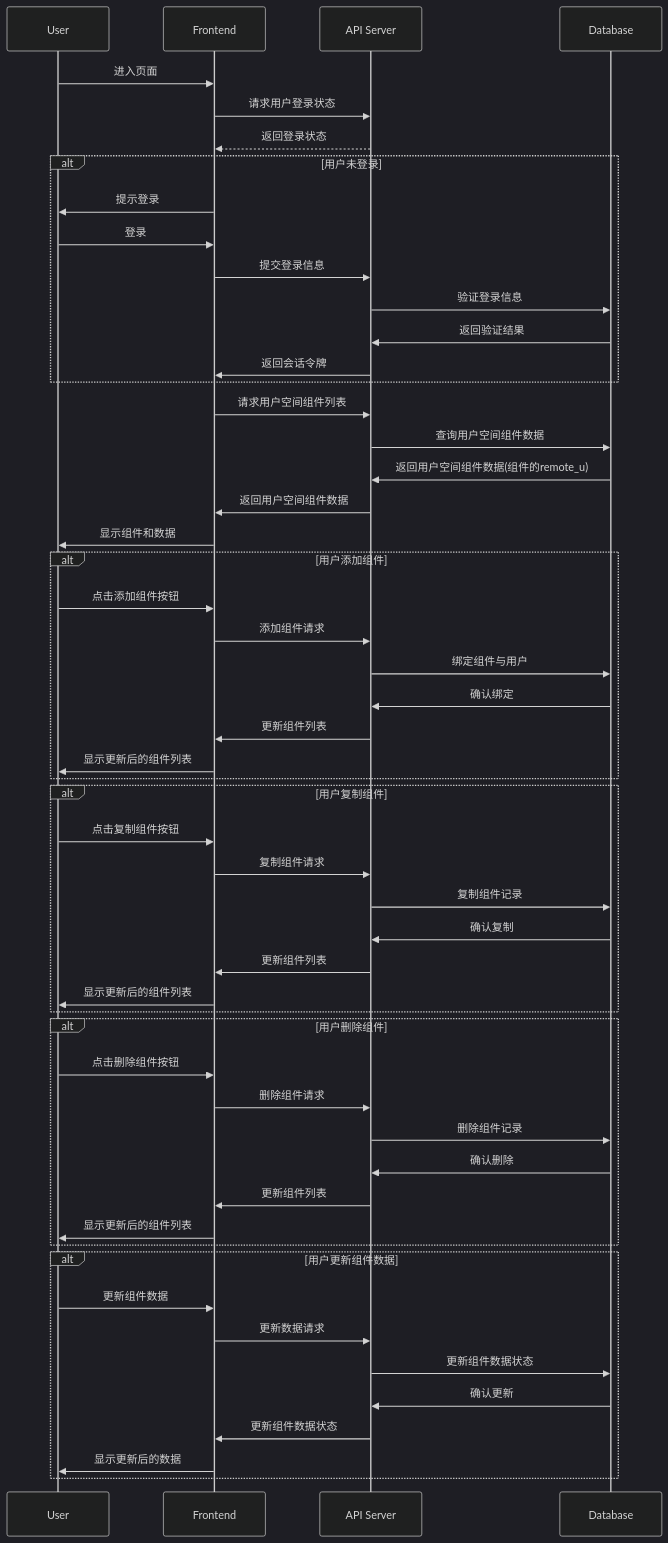
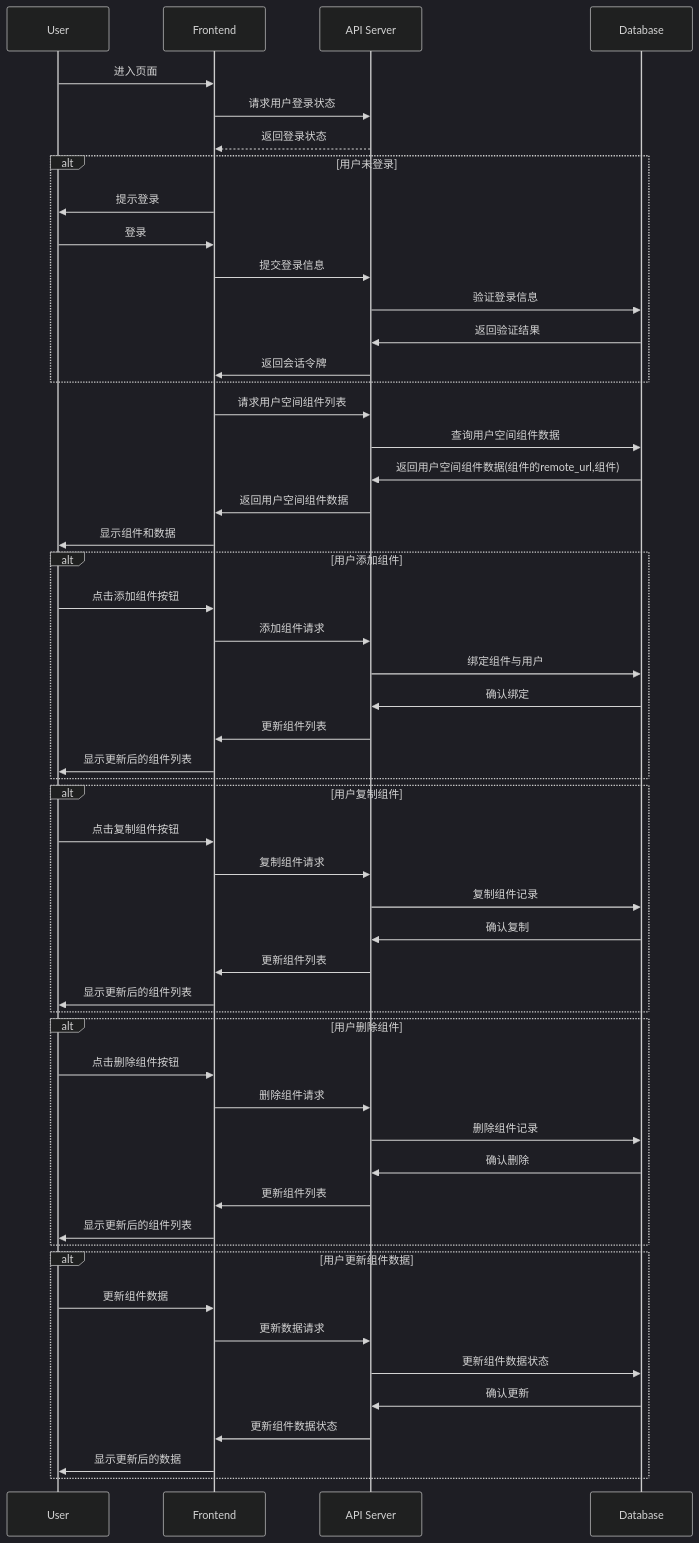
Before and after one commit to yingjianzh/iodraw-files: the diagram in all/未命名-7.md, drawn with Mermaid (dark theme).

Commit message:
2024-10-09 10:21:02 update

````diff
--- a/all/未命名-7.md
+++ b/all/未命名-7.md
@@ -1,62 +1,62 @@
 ```mermaid
 sequenceDiagram
     participant User
     participant Frontend
     participant API Server
     participant Database
 
     User->>Frontend: 进入页面
     Frontend->>API Server: 请求用户登录状态
     API Server-->>Frontend: 返回登录状态
     alt 用户未登录
         Frontend->>User: 提示登录
         User->>Frontend: 登录
         Frontend->>API Server: 提交登录信息
         API Server->>Database: 验证登录信息
         Database->>API Server: 返回验证结果
         API Server->>Frontend: 返回会话令牌
     end
 
     Frontend->>API Server: 请求用户空间组件列表
     API Server->>Database: 查询用户空间组件数据
-    Database->>API Server: 返回用户空间组件数据(组件的remote_u)
+    Database->>API Server: 返回用户空间组件数据(组件的remote_url,组件)
     API Server->>Frontend: 返回用户空间组件数据
     Frontend->>User: 显示组件和数据
 
     alt 用户添加组件
         User->>Frontend: 点击添加组件按钮
         Frontend->>API Server: 添加组件请求
         API Server->>Database: 绑定组件与用户
         Database->>API Server: 确认绑定
         API Server->>Frontend: 更新组件列表
         Frontend->>User: 显示更新后的组件列表
     end
 
     alt 用户复制组件
         User->>Frontend: 点击复制组件按钮
         Frontend->>API Server: 复制组件请求
         API Server->>Database: 复制组件记录
         Database->>API Server: 确认复制
         API Server->>Frontend: 更新组件列表
         Frontend->>User: 显示更新后的组件列表
     end
 
     alt 用户删除组件
         User->>Frontend: 点击删除组件按钮
         Frontend->>API Server: 删除组件请求
         API Server->>Database: 删除组件记录
         Database->>API Server: 确认删除
         API Server->>Frontend: 更新组件列表
         Frontend->>User: 显示更新后的组件列表
     end
 
     alt 用户更新组件数据
         User->>Frontend: 更新组件数据
         Frontend->>API Server: 更新数据请求
         API Server->>Database: 更新组件数据状态
         Database->>API Server: 确认更新
         API Server->>Frontend: 更新组件数据状态
         Frontend->>User: 显示更新后的数据
     end
 
 ```
````
